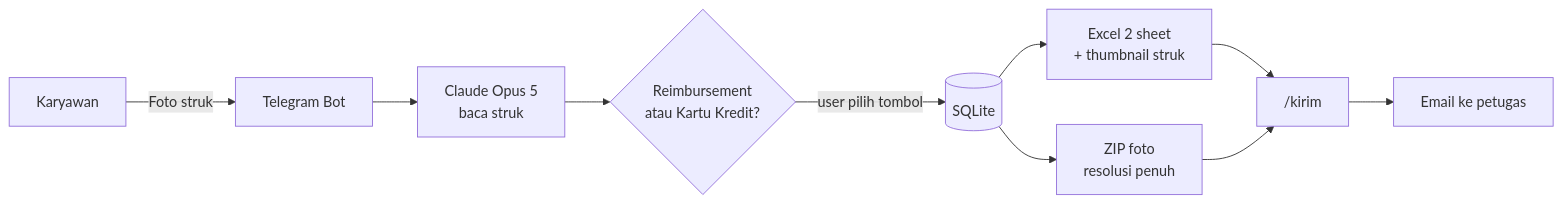
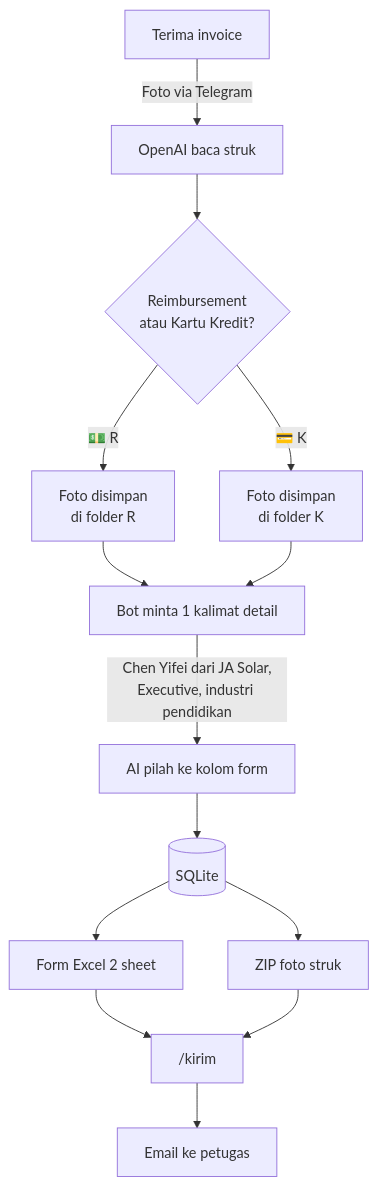
One commit to JDA2104/Reimbursement changed the diagram in README.md. Above: the diagram before and after it, drawn with Mermaid. The commit also changed other lines of this file and 8 other files, not shown here.

First line of the commit message:
Ganti ke OpenAI dan form Daftar Nominatif

````diff
--- a/README.md
+++ b/README.md
@@ -14,12 +14,16 @@
 ```mermaid
-flowchart LR
-    U[Karyawan] -->|Foto struk| TG[Telegram Bot]
-    TG --> EX[Claude Opus 5<br/>baca struk]
-    EX --> CF{Reimbursement<br/>atau Kartu Kredit?}
-    CF -->|user pilih tombol| DB[(SQLite)]
-    DB --> XL[Excel 2 sheet<br/>+ thumbnail struk]
-    DB --> ZP[ZIP foto<br/>resolusi penuh]
-    XL --> KIRIM["/kirim"]
-    ZP --> KIRIM
-    KIRIM --> MAIL[Email ke petugas]
+flowchart TD
+    A[Terima invoice] -->|Foto via Telegram| B[OpenAI baca struk]
+    B --> C{Reimbursement<br/>atau Kartu Kredit?}
+    C -->|💵 R| D[Foto disimpan<br/>di folder R]
+    C -->|💳 K| E[Foto disimpan<br/>di folder K]
+    D --> F[Bot minta 1 kalimat detail]
+    E --> F
+    F -->|"Chen Yifei dari JA Solar,<br/>Executive, industri pendidikan"| G[AI pilah ke kolom form]
+    G --> H[(SQLite)]
+    H --> I[Form Excel 2 sheet]
+    H --> J[ZIP foto struk]
+    I --> K["/kirim"]
+    J --> K
+    K --> L[Email ke petugas]
 ```
````
